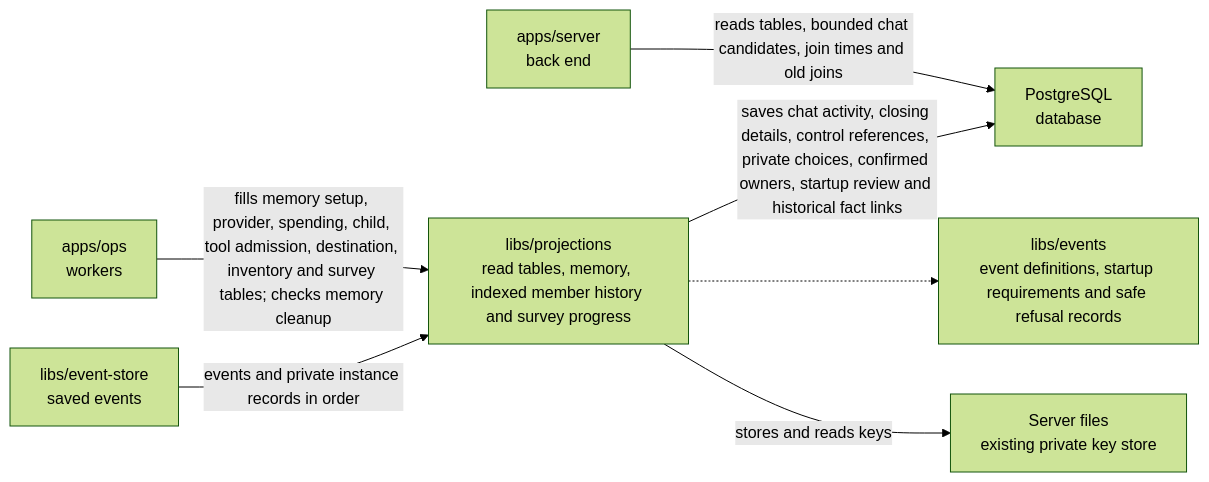
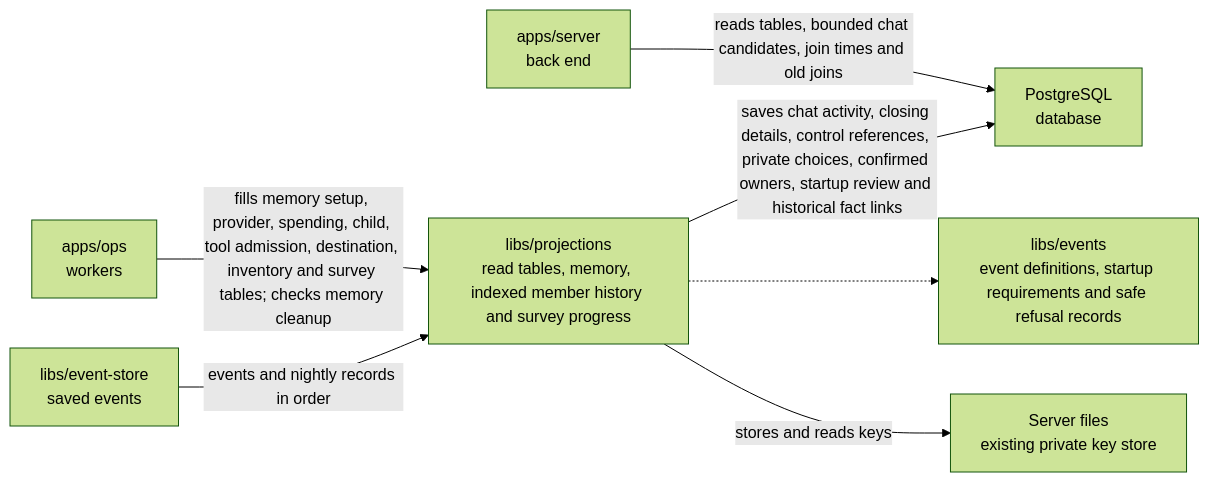
The diagram in libs/projections/README.md (elewa-git/opencrane-new), drawn with Mermaid (forest theme) before and after one commit. The commit also changed other lines of this file and 26 other files, not shown here.

Commit message:
🌙 Record nightly memory intents and private blocked or missed history

````diff
--- a/libs/projections/README.md
+++ b/libs/projections/README.md
@@ -23,9 +23,9 @@
 ```mermaid
 flowchart LR
   ops["apps/ops<br/>workers"] -->|fills memory setup, provider, spending, child, tool admission, destination, inventory and survey tables; checks memory cleanup| projections["libs/projections<br/>read tables, memory, indexed member history and survey progress"]
   server["apps/server<br/>back end"] -->|reads tables, bounded chat candidates, join times and old joins| pg["PostgreSQL<br/>database"]
   projections -->|saves chat activity, closing details, control references, private choices, confirmed owners, startup review and historical fact links| pg
-  store["libs/event-store<br/>saved events"] -->|events and private instance records in order| projections
+  store["libs/event-store<br/>saved events"] -->|events and nightly records in order| projections
   projections -.-> events["libs/events<br/>event definitions, startup requirements and safe refusal records"]
   projections -->|stores and reads keys| keys["Server files<br/>existing private key store"]
 ```
````
